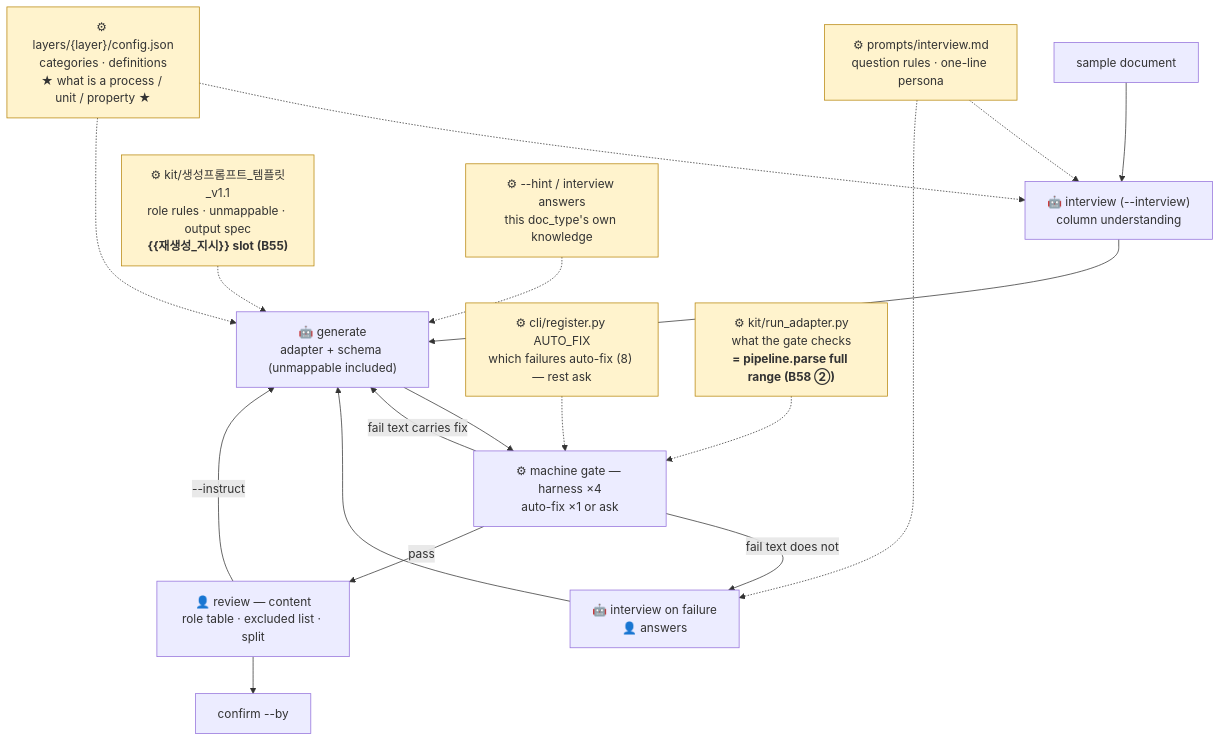
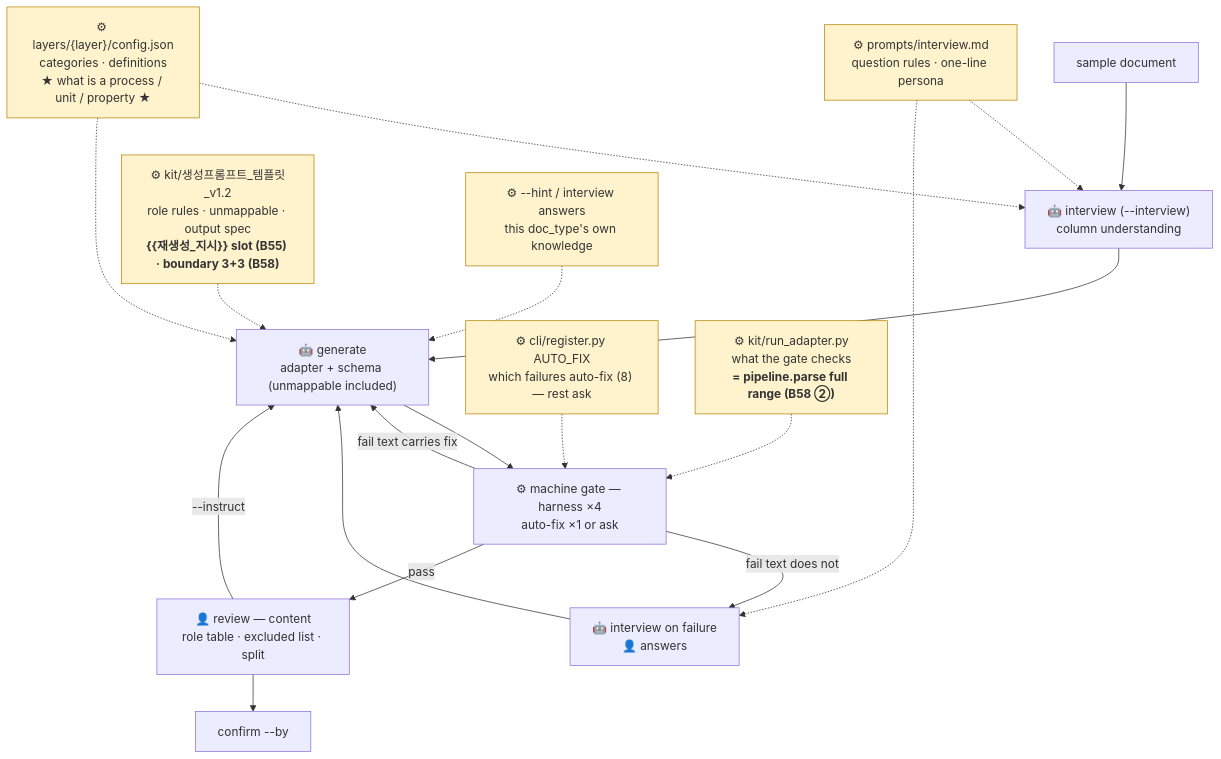
The first of 4 diagrams in docs/구조도/05_조절_지도.md (playjae0/ontology_system), drawn with Mermaid before and after one commit. The commit also changed 14 other files, not shown here.

````diff
--- a/docs/구조도/05_조절_지도.md
+++ b/docs/구조도/05_조절_지도.md
@@ -10,21 +10,21 @@
 ```mermaid
 flowchart TD
   A["sample document"] --> B["🤖 interview (--interview)<br/>column understanding"]
   B --> C["🤖 generate<br/>adapter + schema (unmappable included)"]
   C --> D["⚙ machine gate — harness ×4<br/>auto-fix ×1 or ask"]
   D -- "fail text carries fix" --> C
   D -- "fail text does not" --> B2["🤖 interview on failure<br/>👤 answers"] --> C
   D -- "pass" --> E["👤 review — content<br/>role table · excluded list · split"]
   E -- "--instruct" --> C
   E --> F["confirm --by"]
 
   P1["⚙ prompts/interview.md<br/>question rules · one-line persona"]:::knob -.-> B
   P1 -.-> B2
   P2["⚙ layers/{layer}/config.json<br/>categories · definitions<br/>★ what is a process / unit / property ★"]:::knob -.-> B
   P2 -.-> C
-  P3["⚙ kit/생성프롬프트_템플릿_v1.1<br/>role rules · unmappable · output spec<br/><b>{{재생성_지시}} slot (B55)</b>"]:::knob -.-> C
+  P3["⚙ kit/생성프롬프트_템플릿_v1.2<br/>role rules · unmappable · output spec<br/><b>{{재생성_지시}} slot (B55) · boundary 3+3 (B58)</b>"]:::knob -.-> C
   P4["⚙ --hint / interview answers<br/>this doc_type's own knowledge"]:::knob -.-> C
   P5["⚙ cli/register.py AUTO_FIX<br/>which failures auto-fix (8) — rest ask"]:::knob -.-> D
   P6["⚙ kit/run_adapter.py<br/>what the gate checks<br/><b>= pipeline.parse full range (B58 ②)</b>"]:::knob -.-> D
   classDef knob fill:#fff3cd,stroke:#b8860b
 ```
````
